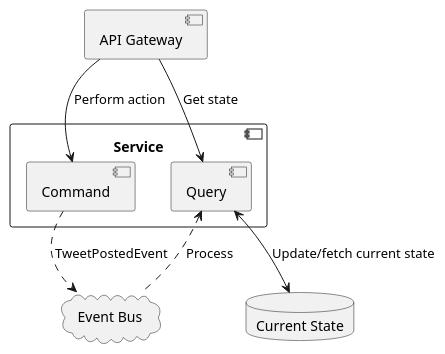
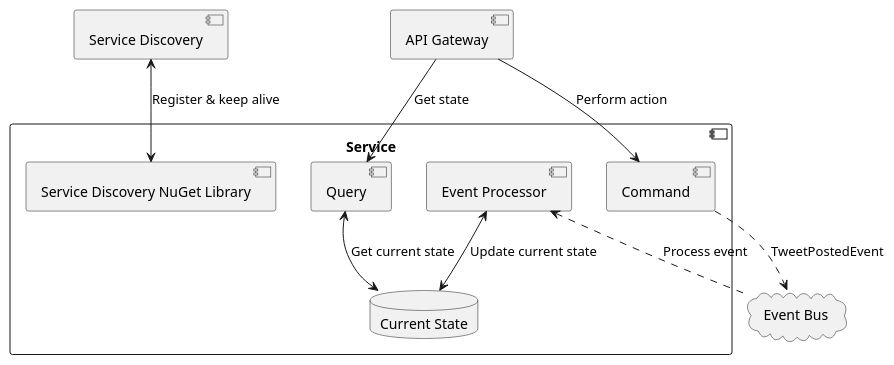
Before and after one commit to Kwetterprise/EDD: the second of 2 diagrams in figures/highlevel.pu, drawn with PlantUML. The commit also changed other lines of this file and 3 other files, not shown here.

```diff
--- a/figures/highlevel.pu
+++ b/figures/highlevel.pu
@@ -28,21 +25,28 @@
 @startuml "service"
 
 component api as "API Gateway"
+component sd as "Service Discovery"
 cloud event as "Event Bus"
 
 component Service as service {
     component Command
     component Query
+    component Processor as "Event Processor"
+    component "Service Discovery NuGet Library" as sdl
+    database "Current State" as state
 }
 
-database "Current State" as state
 
 api --> Query : "Get state"
 api --> Command : "Perform action"
 
 Command ..> event : TweetPostedEvent
-Query <.. event : Process
+Processor <.. event : Process event
 
-Query <--> state : Update/fetch current state
+Processor <--> state : Update current state
+
+Query <--> state : Get current state
+
+sdl <-up-> sd : Register & keep alive
 
 @enduml
```
